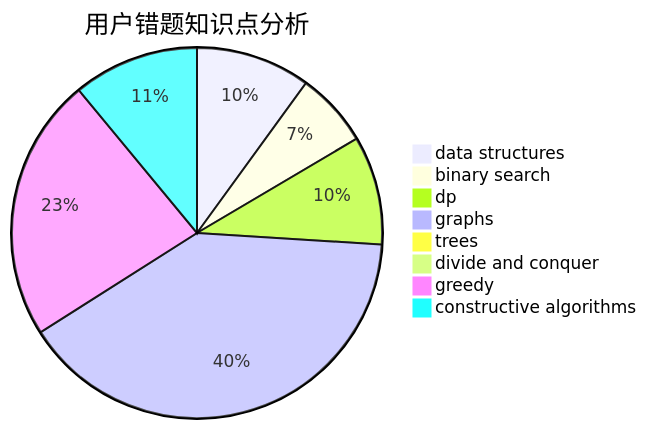
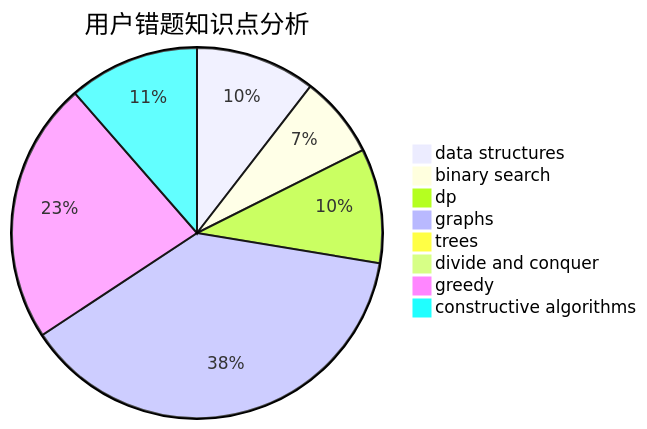
Before and after one commit to sherpahu/cfrs.github.io: the third of 3 diagrams in docs/user/u726.md, drawn with Mermaid. The commit also changed other lines of this file and 2770 other files, not shown here.

````diff
--- a/docs/user/u726.md
+++ b/docs/user/u726.md
@@ -36,11 +36,11 @@
 ```mermaid
 pie title 用户错题知识点分析
-    "data structures" :  20
-    "binary search" :  13
-    "dp" :  19
+    "data structures" :  22
+    "binary search" :  15
+    "dp" :  21
     "graphs" :  80
     "trees" :  0
     "divide and conquer" :  0
-    "greedy" :  46
-    "constructive algorithms" :  22
+    "greedy" :  48
+    "constructive algorithms" :  24
 ```
````
